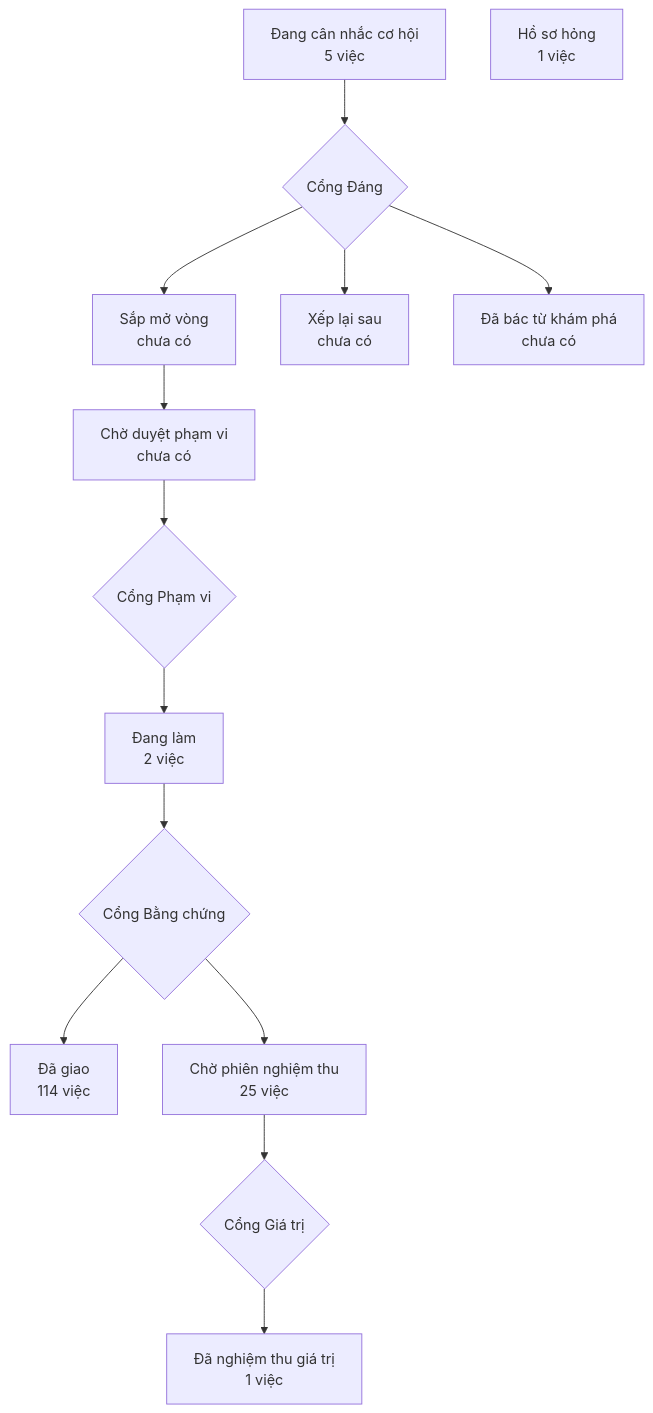
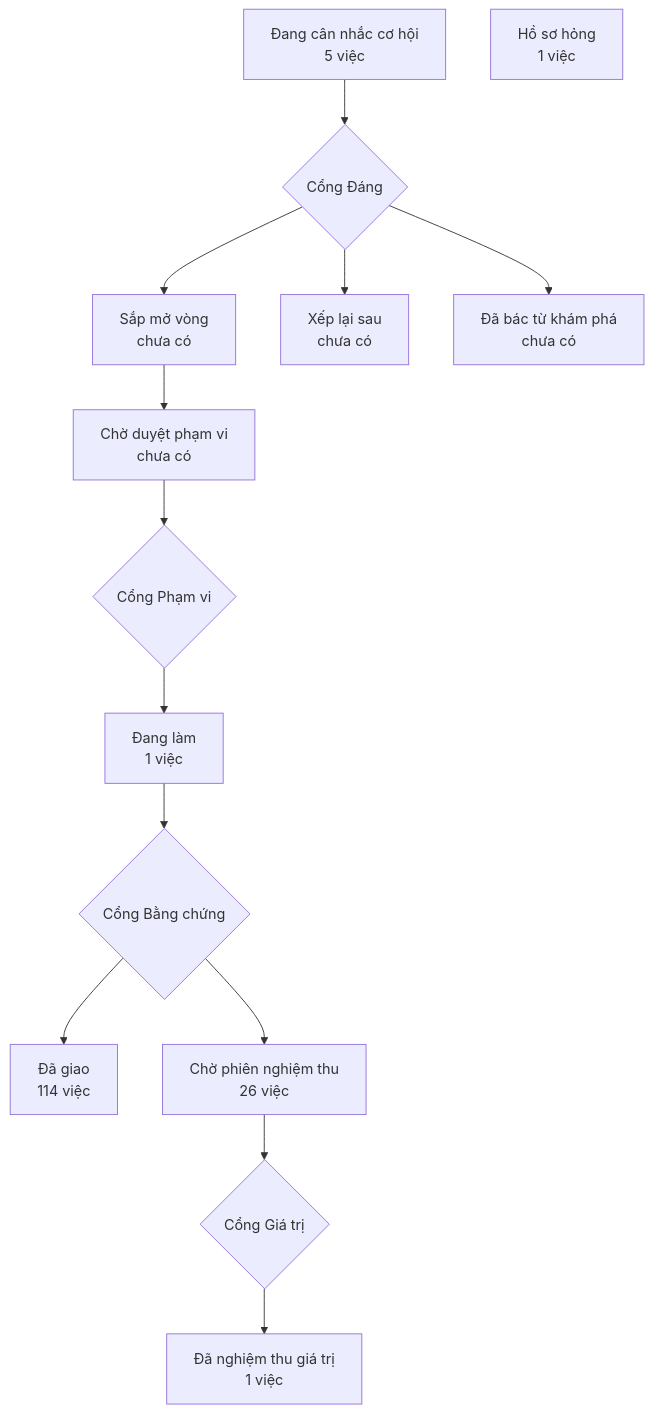
Before and after one commit to phanlemanh/crm-onehub: the diagram in PRODUCT-MAP.md, drawn with Mermaid. The commit also changed 3 other files, not shown here.

````diff
--- a/PRODUCT-MAP.md
+++ b/PRODUCT-MAP.md
@@ -6,13 +6,13 @@
 ```mermaid
 flowchart TD
   A["Đang cân nhắc cơ hội<br/>5 việc"] --> GD{"Cổng Đáng"}
   GD --> B["Sắp mở vòng<br/>chưa có"]
   GD --> XL["Xếp lại sau<br/>chưa có"]
   GD --> DB["Đã bác từ khám phá<br/>chưa có"]
   B --> CD["Chờ duyệt phạm vi<br/>chưa có"] --> GP{"Cổng Phạm vi"}
-  GP --> DL["Đang làm<br/>2 việc"] --> GB{"Cổng Bằng chứng"}
+  GP --> DL["Đang làm<br/>1 việc"] --> GB{"Cổng Bằng chứng"}
   GB --> DG["Đã giao<br/>114 việc"]
-  GB --> CN["Chờ phiên nghiệm thu<br/>25 việc"] --> GG{"Cổng Giá trị"}
+  GB --> CN["Chờ phiên nghiệm thu<br/>26 việc"] --> GG{"Cổng Giá trị"}
   GG --> NT["Đã nghiệm thu giá trị<br/>1 việc"]
   HS["Hồ sơ hỏng<br/>1 việc"]
 ```
````
